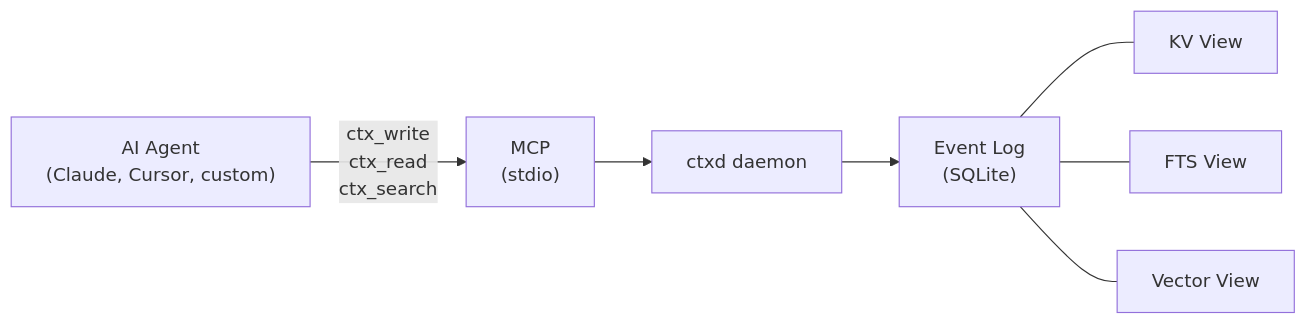
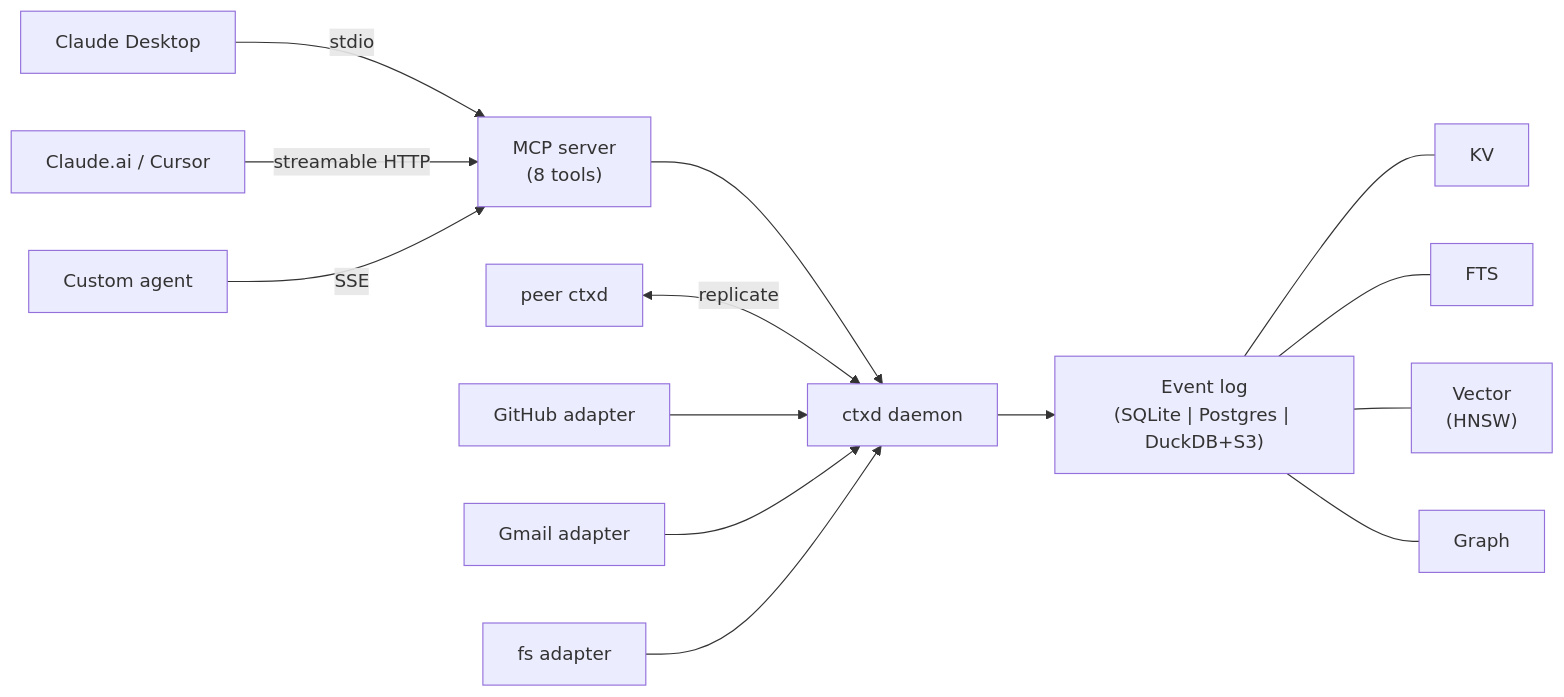
The diagram in README.md (keeprlabs/ctxd), drawn with Mermaid before and after one commit. The commit also changed other lines of this file and 188 other files, not shown here.

First line of the commit message:
v0.3: federation, three storage backends, multi-transport MCP, real adapters, hybrid search (#2)

````diff
--- a/README.md
+++ b/README.md
@@ -7,15 +7,16 @@
 ```mermaid
 flowchart LR
-    Agent["AI Agent\n(Claude, Cursor, custom)"]
-    MCP["MCP\n(stdio)"]
-    CTXD["ctxd daemon"]
-    LOG["Event Log\n(SQLite)"]
-    KV["KV View"]
-    FTS["FTS View"]
-    VEC["Vector View"]
-
-    Agent -->|"ctx_write\nctx_read\nctx_search"| MCP --> CTXD --> LOG
-    LOG --- KV
-    LOG --- FTS
-    LOG --- VEC
+    A1["Claude Desktop"] -->|"stdio"| MCP
+    A2["Claude.ai / Cursor"] -->|"streamable HTTP"| MCP
+    A3["Custom agent"] -->|"SSE"| MCP
+    MCP["MCP server<br/>(8 tools)"] --> CTXD["ctxd daemon"]
+    PEER["peer ctxd"] <-->|"replicate"| CTXD
+    GH["GitHub adapter"] --> CTXD
+    GM["Gmail adapter"] --> CTXD
+    FS["fs adapter"] --> CTXD
+    CTXD --> LOG["Event log<br/>(SQLite | Postgres | DuckDB+S3)"]
+    LOG --- KV["KV"]
+    LOG --- FTS["FTS"]
+    LOG --- VEC["Vector<br/>(HNSW)"]
+    LOG --- GRAPH["Graph"]
 ```
````
